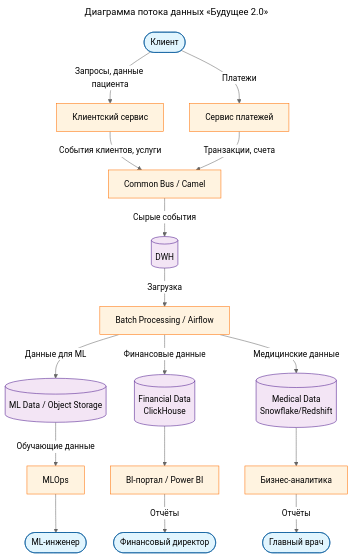
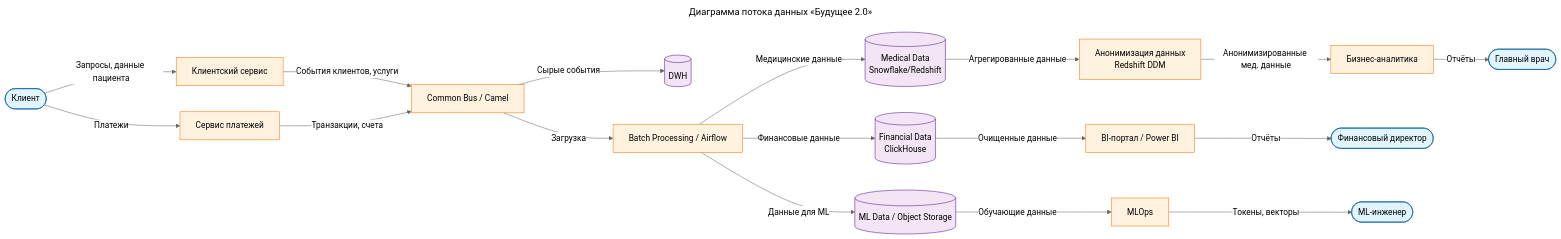
One commit to mrtxee/architecture-future_2_0 changed the diagram in Task2/Future20_DFD_Domains.md. Above: the diagram before and after it, drawn with Mermaid (neutral theme). The commit also changed 11 other files, not shown here.

````diff
--- a/Task2/Future20_DFD_Domains.md
+++ b/Task2/Future20_DFD_Domains.md
@@ -5,40 +5,43 @@
 ```mermaid
 ---
 title: Диаграмма потока данных «Будущее 2.0»
 ---
-flowchart TB
+flowchart LR
     Patient(["Клиент"]) -- Запросы, данные пациента --> ClientService["Клиентский сервис"]
     Patient -- Платежи --> PaymentService["Сервис платежей"]
     ClientService -- События клиентов, услуги --> CommonBus["Common Bus / Camel"]
     PaymentService -- Транзакции, счета --> CommonBus
     CommonBus -- Сырые события --> DWH[("DWH")]
-    DWH -- Загрузка --> BatchProcess["Batch Processing / Airflow"]
+    %%DWH -- Загрузка --> BatchProcess["Batch Processing / Airflow"]
+    CommonBus -- Загрузка --> BatchProcess["Batch Processing / Airflow"]
     BatchProcess -- Данные для ML --> MLStorage[("ML Data / Object Storage")]
     BizAnalytics["Бизнес-аналитика"] -- Отчёты --> ChiefDoctor(["Главный врач"])
     BIPortal["BI-портал / Power BI"] -- Отчёты --> FinDirector(["Финансовый директор"])
     MLStorage -- Обучающие данные --> MLOpsProcess["MLOps"]
-    MedicalDB[("Medical Data<br>Snowflake/Redshift")] --> BizAnalytics
-    FinancialDB[("Financial Data<br>ClickHouse")] --> BIPortal
+    MedicalDB[("Medical Data<br>Snowflake/Redshift")] -- Агрегированные данные --> BizAnalytics0["Анонимизация данных<br>Redshift DDM"]
+    BizAnalytics0 -- Анонимизированные мед. данные --> BizAnalytics
+    FinancialDB[("Financial Data<br>ClickHouse")] -- Очищенные данные --> BIPortal
     BatchProcess -- Финансовые данные --> FinancialDB
     BatchProcess -- Медицинские данные --> MedicalDB
-    MLOpsProcess --> n3(["ML-инженер"])
+    MLOpsProcess -- Токены, векторы --> n3(["ML-инженер"])
 
      Patient:::external
      ClientService:::process
      PaymentService:::process
      CommonBus:::process
      DWH:::storage
      BatchProcess:::process
      MLStorage:::storage
      BizAnalytics:::process
+     BizAnalytics0:::process
      ChiefDoctor:::external
      BIPortal:::process
      FinDirector:::external
      MLOpsProcess:::process
      MedicalDB:::storage
      FinancialDB:::storage
      n3:::external
     classDef external fill:#e1f5fe,stroke:#01579b
     classDef process fill:#fff3e0,stroke:#ff6f00
     classDef storage fill:#f3e5f5,stroke:#4a148c
 ```
````
